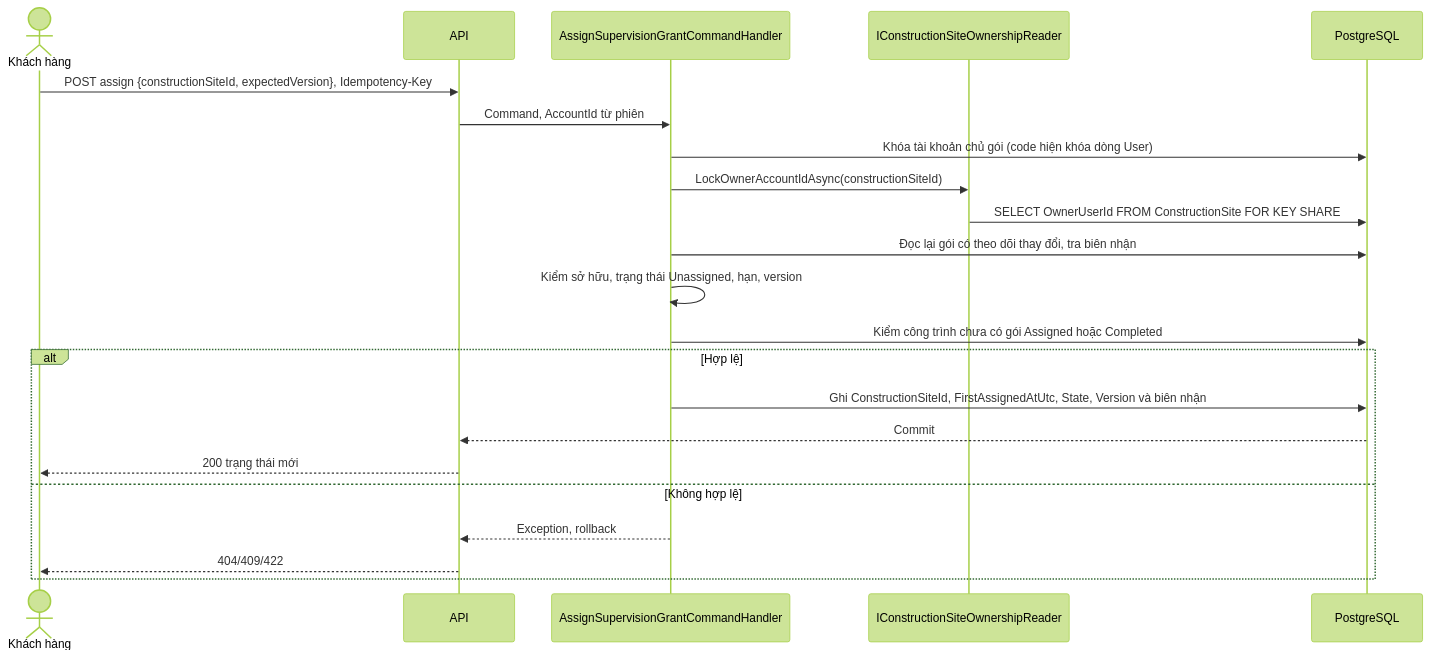
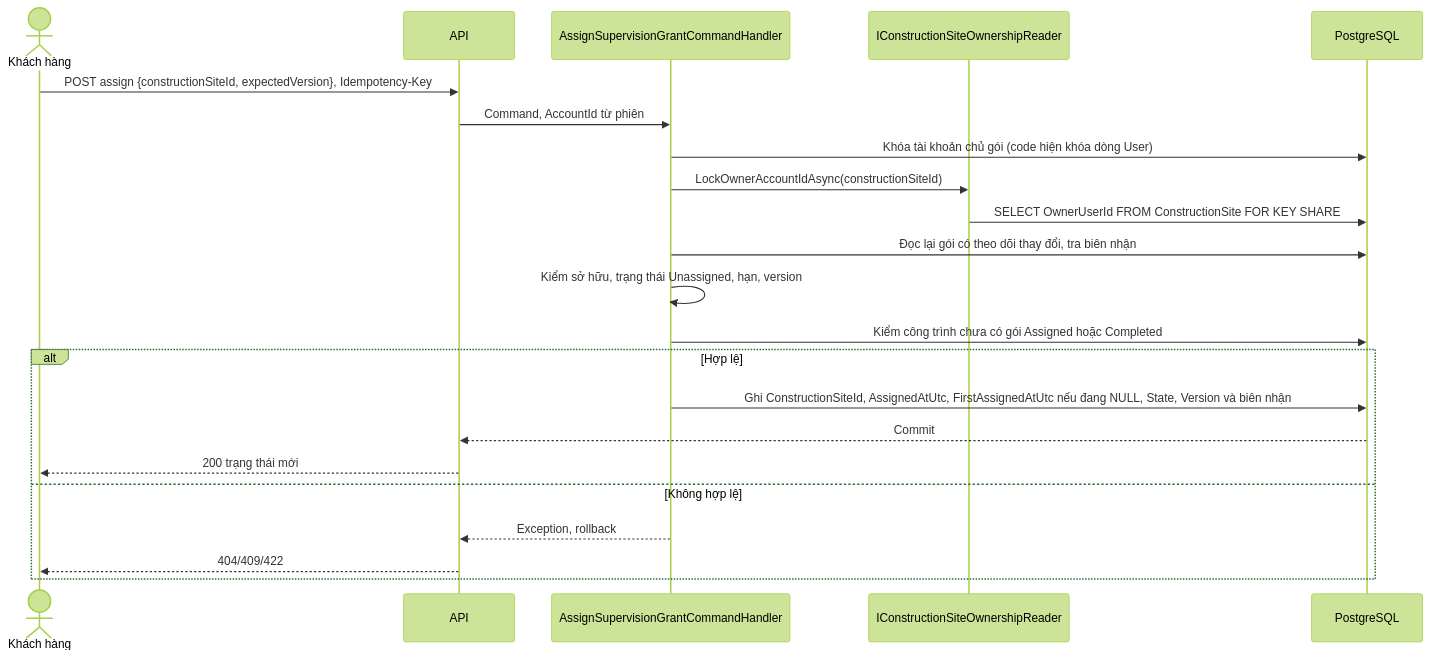
Before and after one commit to TaskCoper/bmt-documentation: the second of 5 diagrams in tdd/TDD-SUB-004.md, drawn with Mermaid (forest theme). The commit also changed other lines of this file and 190 other files, not shown here.

````diff
--- a/tdd/TDD-SUB-004.md
+++ b/tdd/TDD-SUB-004.md
@@ -136,24 +146,24 @@
 ```mermaid
 sequenceDiagram
     actor U as Khách hàng
     participant A as API
     participant H as AssignSupervisionGrantCommandHandler
     participant O as IConstructionSiteOwnershipReader
     participant D as PostgreSQL
     U->>A: POST assign {constructionSiteId, expectedVersion}, Idempotency-Key
     A->>H: Command, AccountId từ phiên
     H->>D: Khóa tài khoản chủ gói (code hiện khóa dòng User)
     H->>O: LockOwnerAccountIdAsync(constructionSiteId)
     O->>D: SELECT OwnerUserId FROM ConstructionSite FOR KEY SHARE
     H->>D: Đọc lại gói có theo dõi thay đổi, tra biên nhận
     H->>H: Kiểm sở hữu, trạng thái Unassigned, hạn, version
     H->>D: Kiểm công trình chưa có gói Assigned hoặc Completed
     alt Hợp lệ
-      H->>D: Ghi ConstructionSiteId, FirstAssignedAtUtc, State, Version và biên nhận
+      H->>D: Ghi ConstructionSiteId, AssignedAtUtc, FirstAssignedAtUtc nếu đang NULL, State, Version và biên nhận
       D-->>A: Commit
       A-->>U: 200 trạng thái mới
     else Không hợp lệ
       H-->>A: Exception, rollback
       A-->>U: 404/409/422
     end
 ```
````
